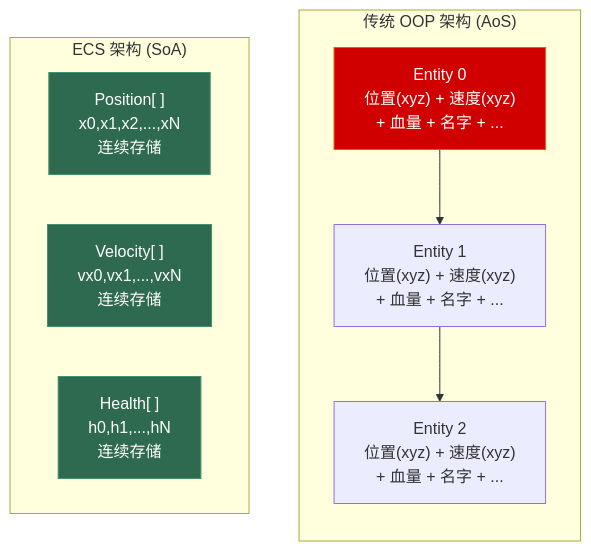
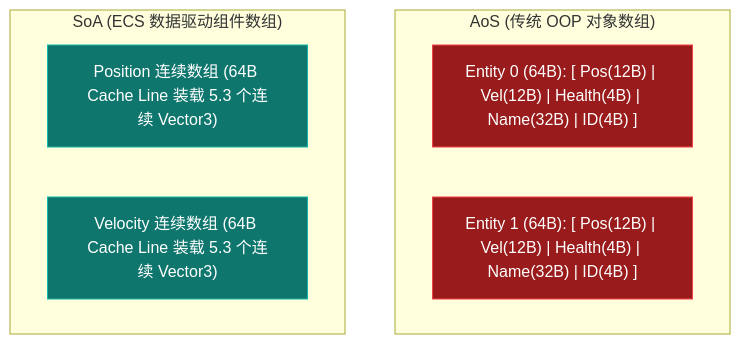
The fourth of 4 diagrams in src/content/posts/os/04_cpu_cache.md (Lumivers/firefly), drawn with Mermaid before and after one commit. The commit also changed other lines of this file and 39 other files, not shown here.

````diff
--- a/src/content/posts/os/04_cpu_cache.md
+++ b/src/content/posts/os/04_cpu_cache.md
@@ -632,22 +190,17 @@
 ```mermaid
 graph TB
-    subgraph "传统 OOP 架构 (AoS)"
-        direction TB
-        E1["Entity 0\n位置(xyz) + 速度(xyz)\n+ 血量 + 名字 + ..."]
-        E2["Entity 1\n位置(xyz) + 速度(xyz)\n+ 血量 + 名字 + ..."]
-        E3["Entity 2\n位置(xyz) + 速度(xyz)\n+ 血量 + 名字 + ..."]
-        E1 --> E2 --> E3
+    subgraph "AoS (传统 OOP 对象数组)"
+        A1["Entity 0 (64B): [ Pos(12B) | Vel(12B) | Health(4B) | Name(32B) | ID(4B) ]"]
+        A2["Entity 1 (64B): [ Pos(12B) | Vel(12B) | Health(4B) | Name(32B) | ID(4B) ]"]
     end
-    
-    subgraph "ECS 架构 (SoA)"
-        direction LR
-        C1["Position[ ]\nx0,x1,x2,...,xN\n连续存储"]
-        C2["Velocity[ ]\nvx0,vx1,...,vxN\n连续存储"]
-        C3["Health[ ]\nh0,h1,...,hN\n连续存储"]
+
+    subgraph "SoA (ECS 数据驱动组件数组)"
+        S1["Position 连续数组 (64B Cache Line 装载 5.3 个连续 Vector3)"]
+        S2["Velocity 连续数组 (64B Cache Line 装载 5.3 个连续 Vector3)"]
     end
-    
-    style E1 fill:#d00000,stroke:#e85d04,color:white
-    style C1 fill:#2d6a4f,stroke:#40916c,color:white
-    style C2 fill:#2d6a4f,stroke:#40916c,color:white
-    style C3 fill:#2d6a4f,stroke:#40916c,color:white
+
+    style A1 fill:#991b1b,stroke:#ef4444,color:white
+    style A2 fill:#991b1b,stroke:#ef4444,color:white
+    style S1 fill:#0f766e,stroke:#14b8a6,color:white
+    style S2 fill:#0f766e,stroke:#14b8a6,color:white
 ```
````
